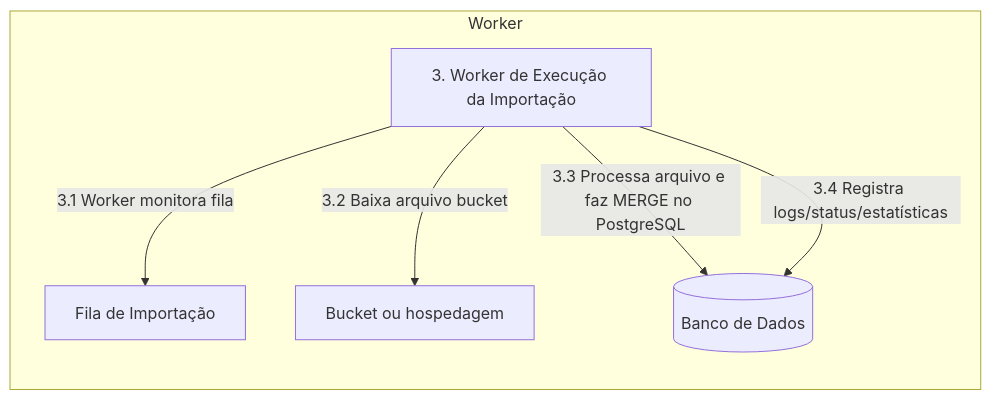
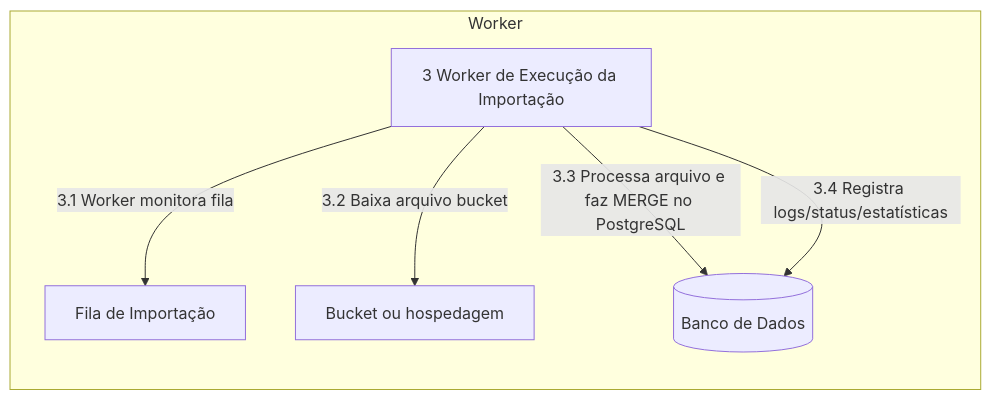
One commit to keysonmota/drafts changed the second of 2 diagrams in docs/arquitetura.md. Above: the diagram before and after it, drawn with Mermaid. The commit also changed other lines of this file and 2 other files, not shown here.

````diff
--- a/docs/arquitetura.md
+++ b/docs/arquitetura.md
@@ -45,26 +45,26 @@
 ``` mermaid
 flowchart LR
 
 
     QUEUE_IMP[Fila de Importação]
-    WORKER[3. Worker de Execução da Importação]
+    WORKER[3 Worker de Execução da Importação]
     BUCKET[Bucket ou hospedagem]
     BDWEB[(Banco de Dados)]
 
 
     WORKER -->|3.1 Worker monitora fila| QUEUE_IMP
 
     WORKER -->|3.2 Baixa arquivo bucket | BUCKET
 
     WORKER -->|3.3 Processa arquivo e faz MERGE no PostgreSQL| BDWEB
 
     WORKER -->|3.4 Registra logs/status/estatísticas | BDWEB
 
 
     subgraph Worker
         QUEUE_IMP
         WORKER
         BUCKET
         BDWEB
     end
 ```
````
